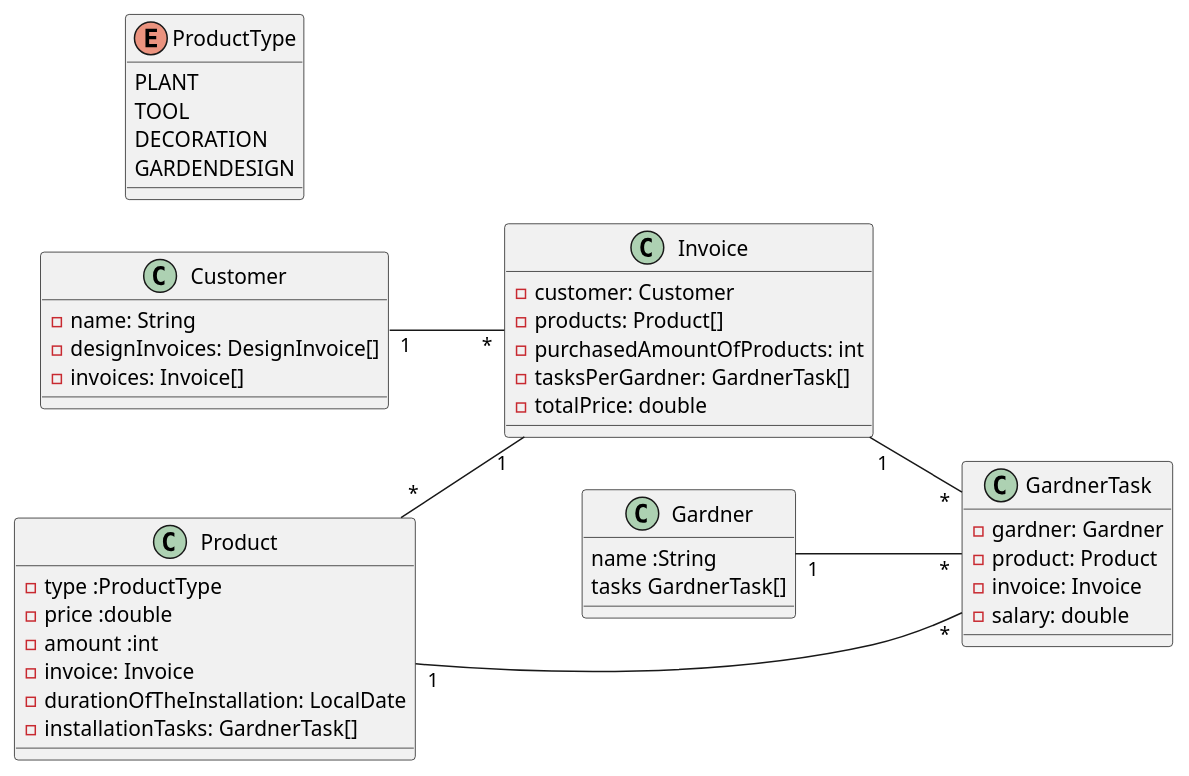
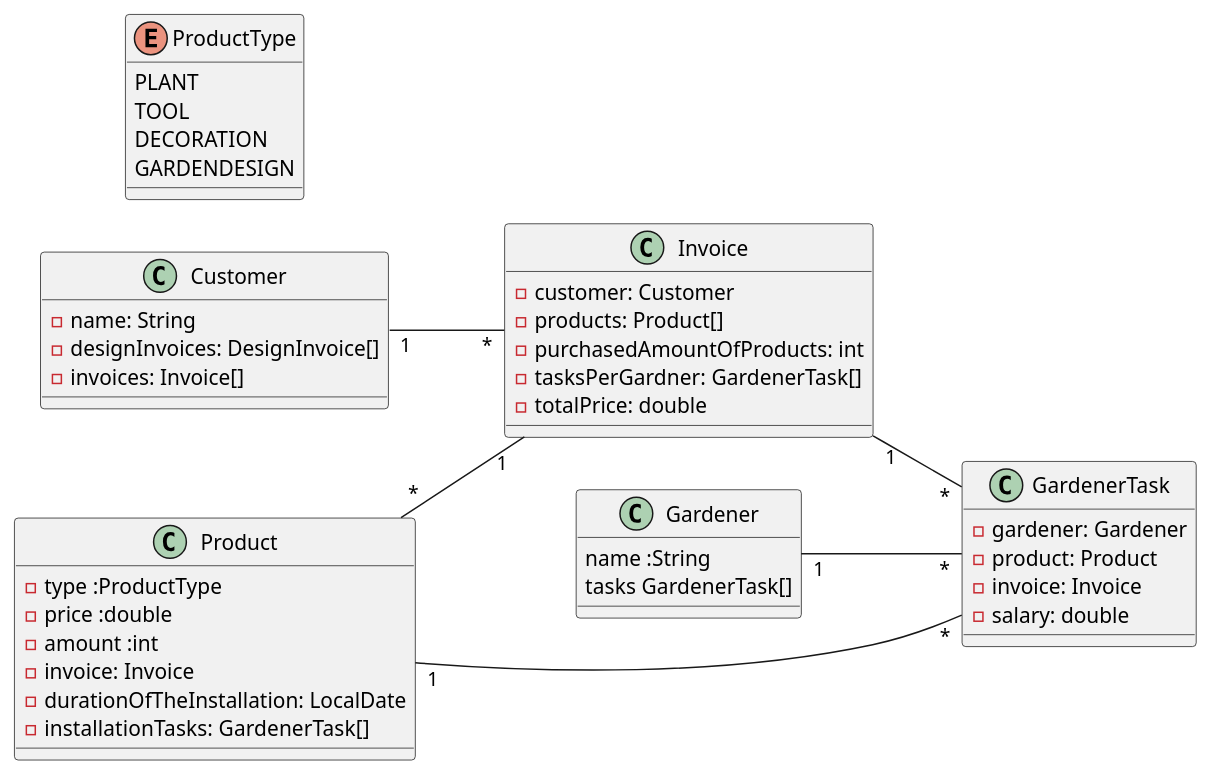
One commit to 2223-4bhitm-sew/01-microproject-Abdulrahman-AL-Sabagh changed the diagram in asciidocs/plantuml/cld.puml. Above: the diagram before and after it, drawn with PlantUML.

Commit message:
Gardener instead of Gardner

```diff
--- a/asciidocs/plantuml/cld.puml
+++ b/asciidocs/plantuml/cld.puml
@@ -1,54 +1,54 @@
 @startuml
 left to right direction
 class Customer {
     - name: String
     - designInvoices: DesignInvoice[]
     - invoices: Invoice[]
 }
 
-class Gardner {
+class Gardener {
     name :String
-    tasks GardnerTask[]
+    tasks GardenerTask[]
 
 }
 class Product {
 
  - type :ProductType
  - price :double
  - amount :int
  - invoice: Invoice
  - durationOfTheInstallation: LocalDate
- - installationTasks: GardnerTask[]
+ - installationTasks: GardenerTask[]
 
 }
 
 
 enum ProductType {
     PLANT
     TOOL
     DECORATION
     GARDENDESIGN
 }
 
-class GardnerTask {
-    - gardner: Gardner
+class GardenerTask {
+    - gardener: Gardener
     - product: Product
     - invoice: Invoice
     - salary: double
 }
 class Invoice  {
     - customer: Customer
     - products: Product[]
     - purchasedAmountOfProducts: int
-    - tasksPerGardner: GardnerTask[]
+    - tasksPerGardner: GardenerTask[]
     - totalPrice: double
 
 }
 
-Product "1" -- "*" GardnerTask
-Invoice "1" -- "*" GardnerTask
-Gardner "1" -- "*" GardnerTask
+Product "1" -- "*" GardenerTask
+Invoice "1" -- "*" GardenerTask
+Gardener "1" -- "*" GardenerTask
 Customer "1" -- "*" Invoice
 Product "*" -- "1" Invoice
 
 @enduml
```
